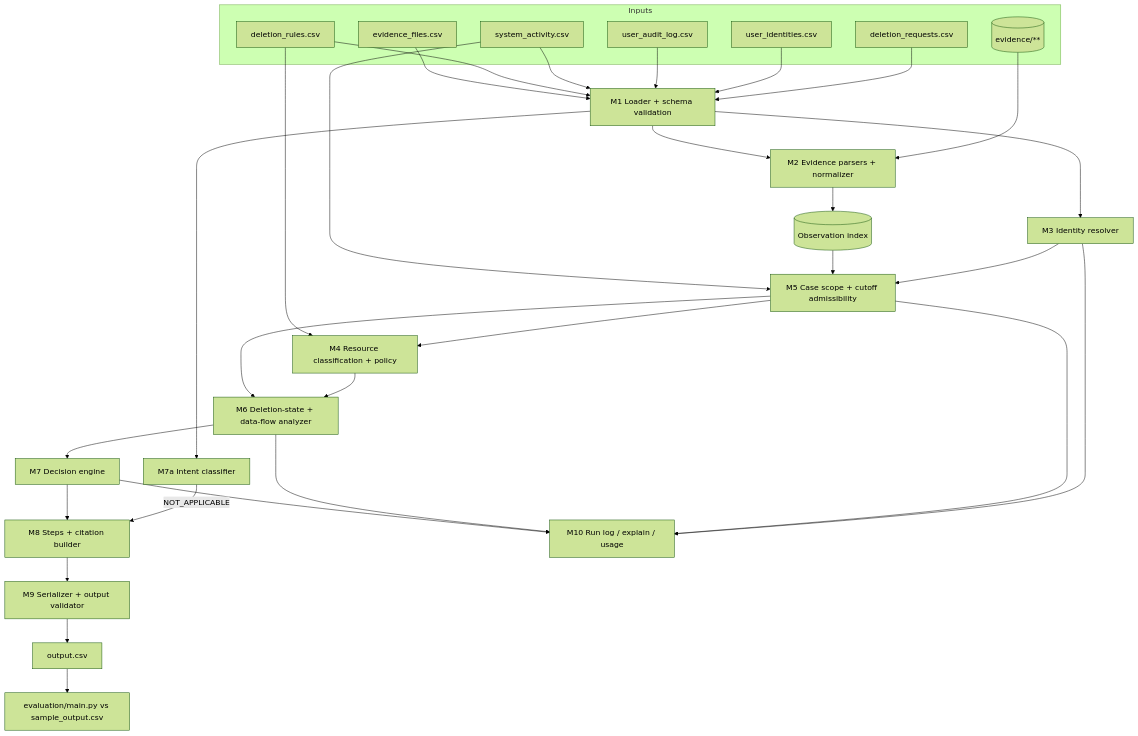
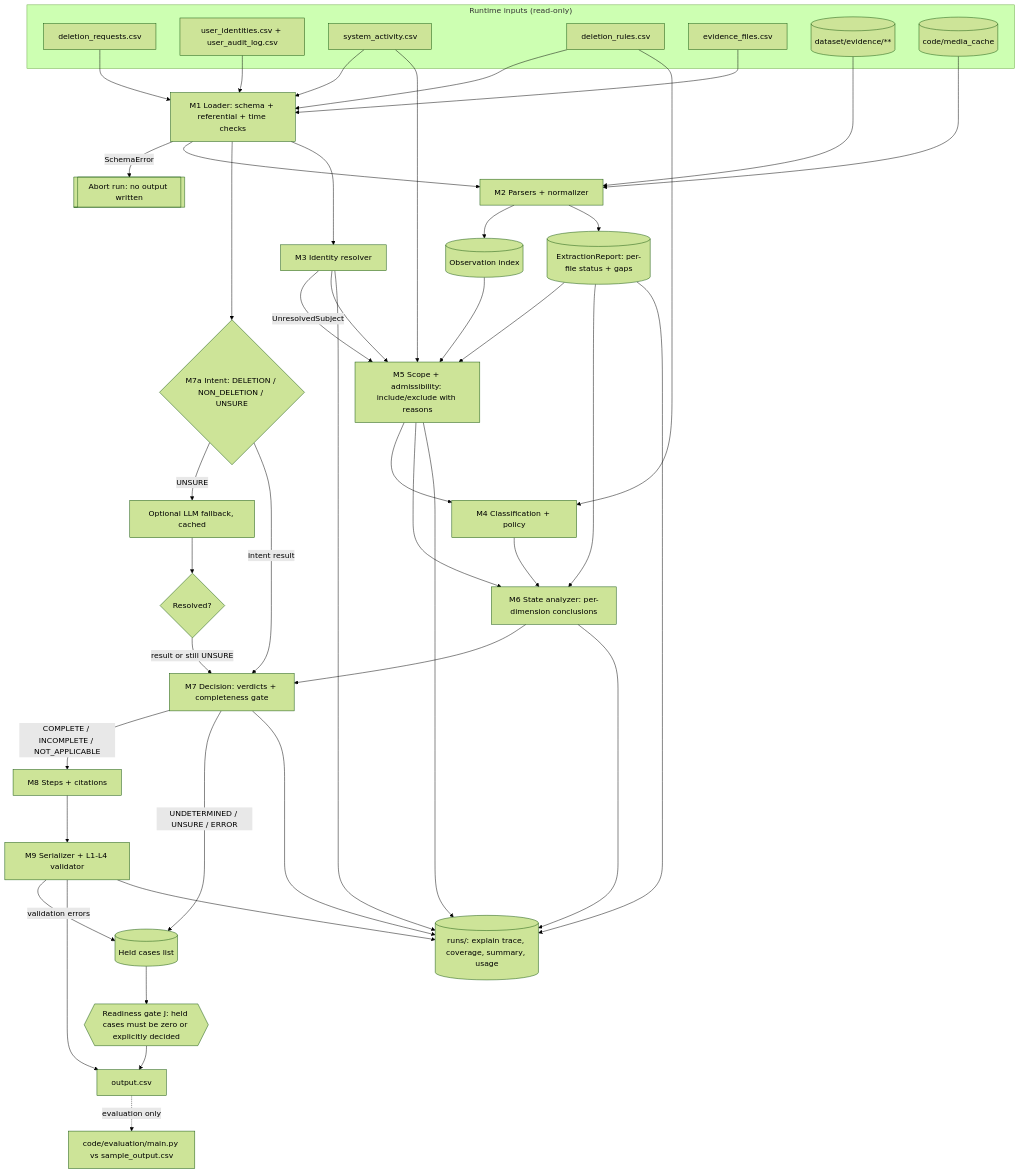
The diagram in docs/IMPLEMENTATION_PLAN.md (GanpatKumargct/hackerrank-orchestrate-october26), drawn with Mermaid (forest theme) before and after one commit. The commit also changed other lines of this file and 1 other file, not shown here.

````diff
--- a/docs/IMPLEMENTATION_PLAN.md
+++ b/docs/IMPLEMENTATION_PLAN.md
@@ -444,32 +551,46 @@
 ```mermaid
 flowchart TD
-  subgraph Inputs
+  subgraph Inputs["Runtime inputs (read-only)"]
     RQ[deletion_requests.csv]
-    UI[user_identities.csv]
-    AL[user_audit_log.csv]
+    ID[user_identities.csv + user_audit_log.csv]
     SA[system_activity.csv]
     DR[deletion_rules.csv]
     EF[evidence_files.csv]
-    EV[(evidence/**)]
+    EV[(dataset/evidence/**)]
+    MC[(code/media_cache)]
   end
-  RQ & UI & AL & SA & DR & EF --> M1[M1 Loader + schema validation]
-  EV --> M2[M2 Evidence parsers + normalizer]
+
+  RQ & ID & SA & DR & EF --> M1[M1 Loader: schema + referential + time checks]
+  M1 -- "SchemaError" --> ABORT[[Abort run: no output written]]
+  EV & MC --> M2[M2 Parsers + normalizer]
   M1 --> M2
   M2 --> IDX[(Observation index)]
+  M2 --> COV[(ExtractionReport: per-file status + gaps)]
+
+  M1 --> INT{M7a Intent: DELETION / NON_DELETION / UNSURE}
+  INT -- "UNSURE" --> LLM[Optional LLM fallback, cached]
+  LLM --> INT2{Resolved?}
+
   M1 --> M3[M3 Identity resolver]
-  M1 --> INT[M7a Intent classifier]
-  INT -->|NOT_APPLICABLE| M8
-  M3 --> M5[M5 Case scope + cutoff admissibility]
-  IDX --> M5
-  SA --> M5
-  M5 --> M4[M4 Resource classification + policy]
+  M3 -- "UnresolvedSubject" --> M5
+  M3 --> M5[M5 Scope + admissibility: include/exclude with reasons]
+  IDX & SA --> M5
+  COV --> M5
+  M5 --> M4[M4 Classification + policy]
   DR --> M4
-  M4 --> M6[M6 Deletion-state + data-flow analyzer]
+  M4 --> M6[M6 State analyzer: per-dimension conclusions]
   M5 --> M6
-  M6 --> M7[M7 Decision engine]
-  M7 --> M8[M8 Steps + citation builder]
-  M8 --> M9[M9 Serializer + output validator]
+  COV --> M6
+  M6 --> M7[M7 Decision: verdicts + completeness gate]
+  INT -- "intent result" --> M7
+  INT2 -- "result or still UNSURE" --> M7
+  M7 -- "COMPLETE / INCOMPLETE / NOT_APPLICABLE" --> M8[M8 Steps + citations]
+  M7 -- "UNDETERMINED / UNSURE / ERROR" --> HOLD[(Held cases list)]
+  M8 --> M9[M9 Serializer + L1-L4 validator]
+  M9 -- "validation errors" --> HOLD
   M9 --> OUT[output.csv]
-  M3 & M5 & M6 & M7 --> M10[M10 Run log / explain / usage]
-  OUT --> EVAL[evaluation/main.py vs sample_output.csv]
+  HOLD --> GATE{{Readiness gate J: held cases must be zero or explicitly decided}}
+  GATE --> OUT
+  M3 & M5 & M6 & M7 & M9 & COV --> M10[(runs/: explain trace, coverage, summary, usage)]
+  OUT -. "evaluation only" .-> EVAL[code/evaluation/main.py vs sample_output.csv]
 ```
````
